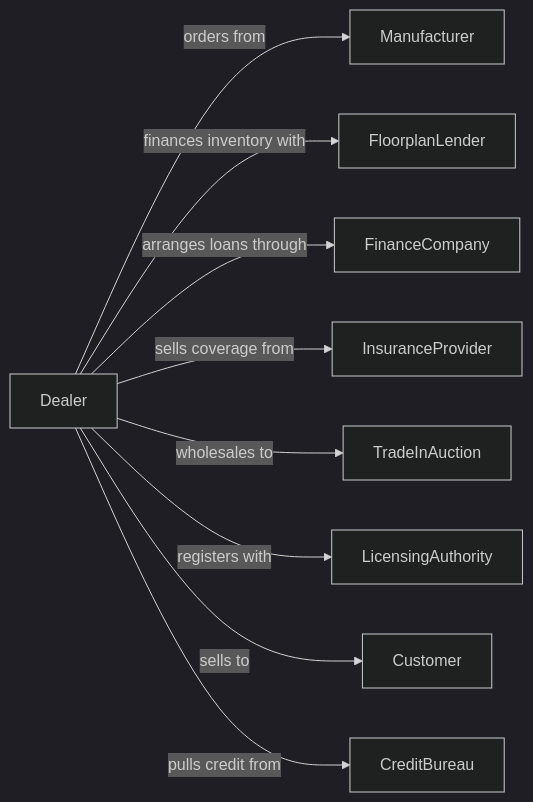
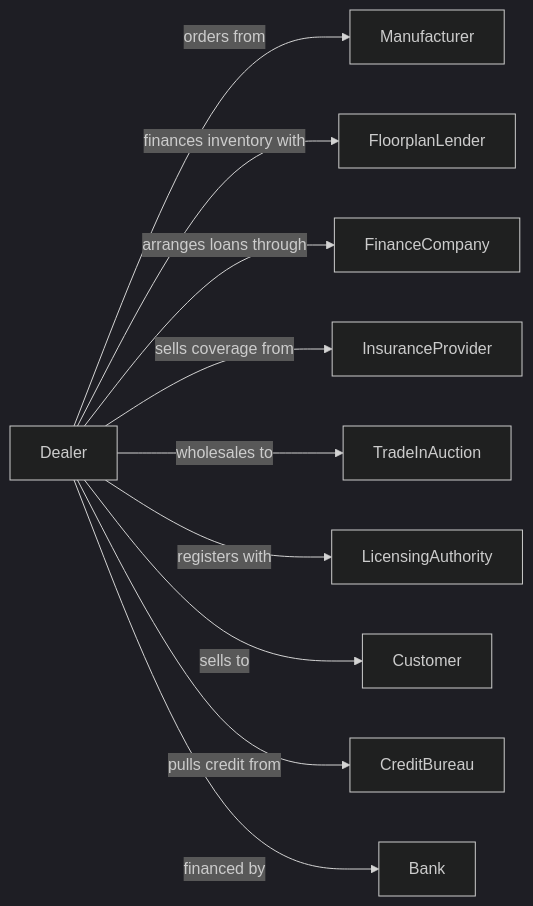
The second of 2 diagrams in RetailTrade/MotorVehicleAndPartsDealers/AutomobileDealers/NewCarDealers.mdx (dot-org-ai/industries.org.ai), drawn with Mermaid (dark theme) before and after one commit. The commit also changed other lines of this file and 588 other files, not shown here.

````diff
--- a/RetailTrade/MotorVehicleAndPartsDealers/AutomobileDealers/NewCarDealers.mdx
+++ b/RetailTrade/MotorVehicleAndPartsDealers/AutomobileDealers/NewCarDealers.mdx
@@ -136,13 +136,14 @@
 ```mermaid
 graph LR
     D[Dealer]
 
     D -->|orders from| Manufacturer
     D -->|finances inventory with| FloorplanLender
     D -->|arranges loans through| FinanceCompany
     D -->|sells coverage from| InsuranceProvider
     D -->|wholesales to| TradeInAuction
     D -->|registers with| LicensingAuthority
     D -->|sells to| Customer
     D -->|pulls credit from| CreditBureau
+    D -->|financed by| Bank
 ```
````
